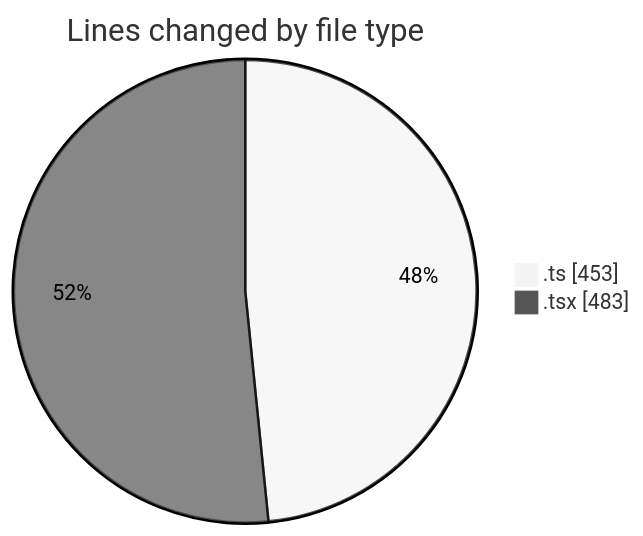
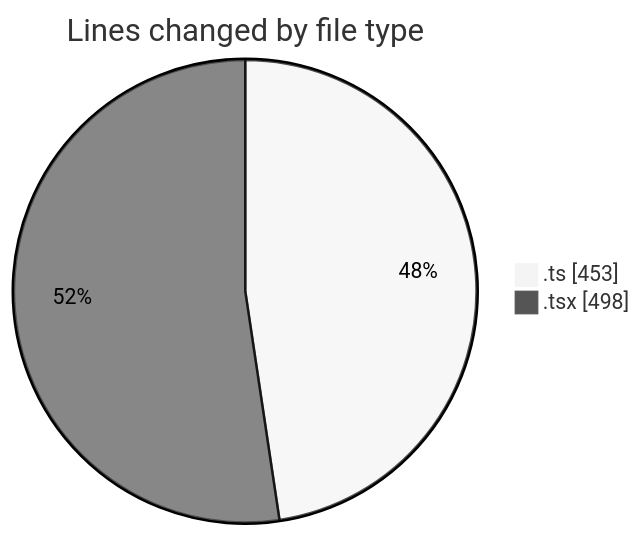
Before and after one commit to julien-gomy/code-tracking: the first of 2 diagrams in 2025-11-03/eventscop-frontend-guide__workspace_/README.md, drawn with Mermaid (neutral theme). The commit also changed other lines of this file and 1 other file, not shown here.

````diff
--- a/2025-11-03/eventscop-frontend-guide__workspace_/README.md
+++ b/2025-11-03/eventscop-frontend-guide__workspace_/README.md
@@ -23,6 +23,6 @@
 ```mermaid
 pie showData
 title Lines changed by file type
 ".ts" : 453
-".tsx" : 483
+".tsx" : 498
 ```
````
